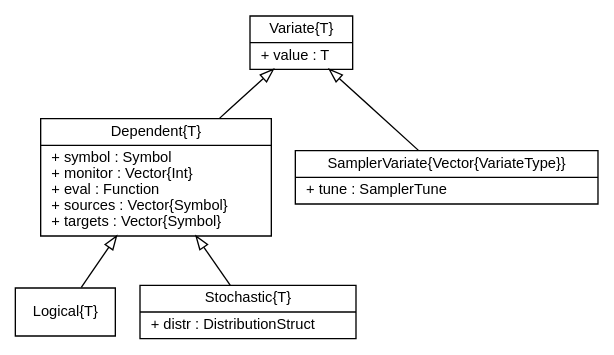
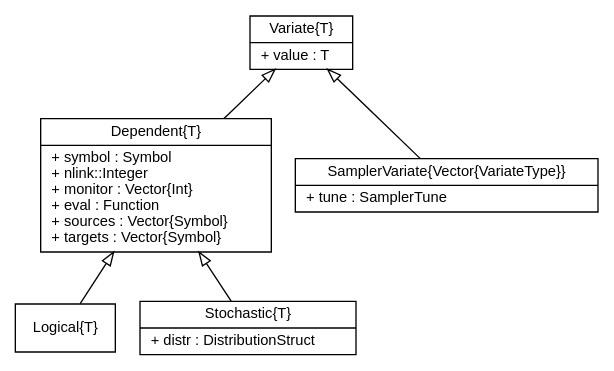
Before and after one commit to brian-j-smith/Mamba.jl: the diagram in doc/images/variateUML.dot, drawn with Graphviz. The commit also changed 4 other files, not shown here.

Commit message:
Document nlink fields in Dependent types.

```diff
--- a/doc/images/variateUML.dot
+++ b/doc/images/variateUML.dot
@@ -1,24 +1,24 @@
 digraph Variate {
 	fontname = "Helvetica"
 	fontsize = 11
 
 	node [fontname = "Helvetica", fontsize = 11, shape = record]
 
 	edge [fontname = "Helvetica", fontsize = 11, dir = back, arrowtail = empty]
 
 	Variate [label = "{Variate\{T\}|+ value : T\l}"]
 
-	Dependent [label = "{Dependent\{T\}|+ symbol : Symbol\l+ monitor : Vector\{Int\}\l+ eval : Function\l+ sources : Vector\{Symbol\}\l+ targets : Vector\{Symbol\}\l}"]
+	Dependent [label = "{Dependent\{T\}|+ symbol : Symbol\l+ nlink::Integer\l+ monitor : Vector\{Int\}\l+ eval : Function\l+ sources : Vector\{Symbol\}\l+ targets : Vector\{Symbol\}\l}"]
 	
 	Logical [label = "{Logical\{T\}}"]
 	
 	Stochastic [label = "{Stochastic\{T\}|+ distr : DistributionStruct\l}"]
 
 	SamplerVariate [label = "{SamplerVariate\{Vector\{VariateType\}\}|+ tune : SamplerTune\l}"]
 	
 	Variate -> Dependent
 	Dependent -> Logical
 	Dependent -> Stochastic
 	Variate -> SamplerVariate
 
 }
```
